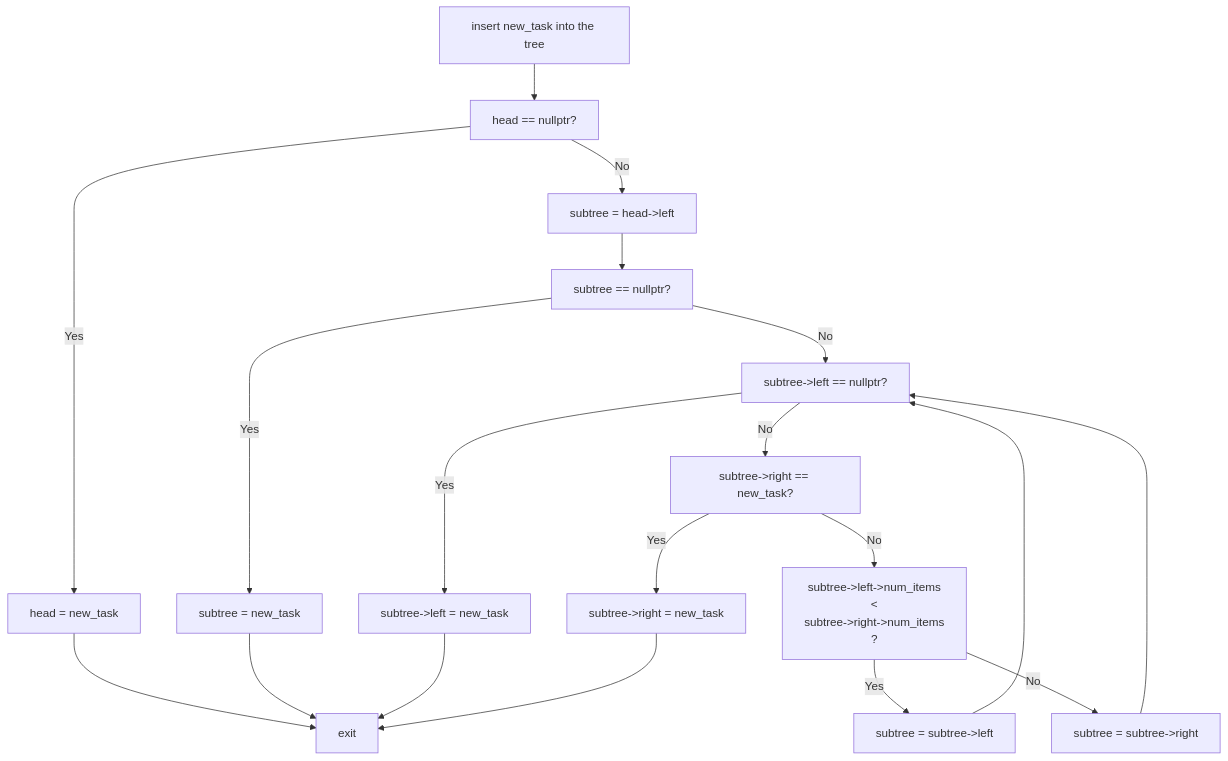
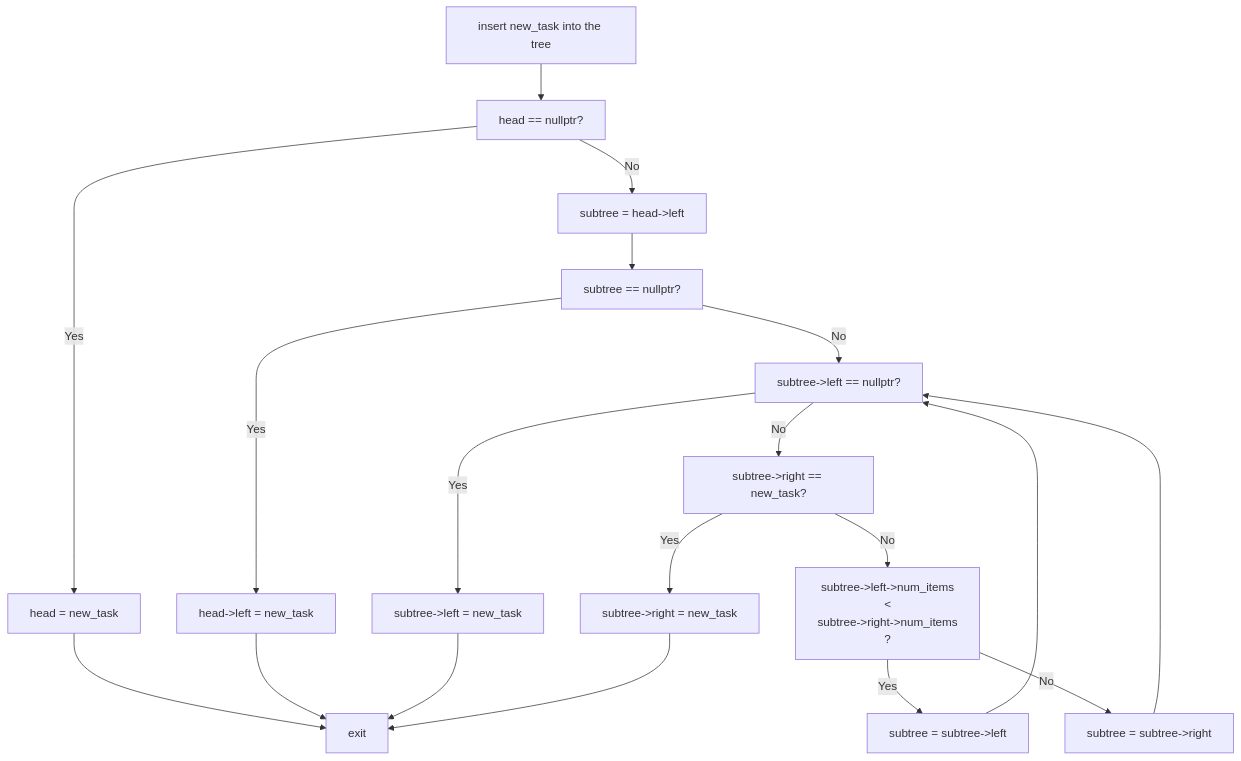
Before and after one commit to uxlfoundation/oneTBB: the sixth of 8 diagrams in rfcs/proposed/task_aggregation/README.md, drawn with Mermaid. The commit also changed other lines of this file and 1 other file, not shown here.

````diff
--- a/rfcs/proposed/task_aggregation/README.md
+++ b/rfcs/proposed/task_aggregation/README.md
@@ -340,22 +330,22 @@
 ```mermaid
 flowchart TD
 
     I[insert new_task into the tree] --> head_check[head == nullptr?]
     head_check --> |Yes| head_insert[head = new_task]
     head_check --> |No| subtree_insert[subtree = head->left]
     subtree_insert --> subtree_check[subtree == nullptr?]
-    subtree_check --> |Yes| subtree_head_insert[subtree = new_task]
+    subtree_check --> |Yes| subtree_head_insert[head->left = new_task]
     subtree_check --> |No| subtree_head_left_check[subtree->left == nullptr?]
     subtree_head_left_check --> |Yes| subtree_head_left_insert[subtree->left = new_task]
     subtree_head_left_check --> |No| subtree_head_right_check[subtree->right == new_task?]
     subtree_head_right_check --> |Yes| subtree_head_right_insert[subtree->right = new_task]
     subtree_head_right_check --> |No| subtree_head_size_check[subtree->left->num_items<br><<br> subtree->right->num_items<br>?]
     subtree_head_size_check --> |Yes| subtree_switch_left[subtree = subtree->left]
     subtree_head_size_check --> |No| subtree_switch_right[subtree = subtree->right]
     subtree_switch_left --> subtree_head_left_check
     subtree_switch_right --> subtree_head_left_check
     head_insert --> exit
     subtree_head_insert --> exit
     subtree_head_left_insert --> exit
     subtree_head_right_insert --> exit
 ```
````
